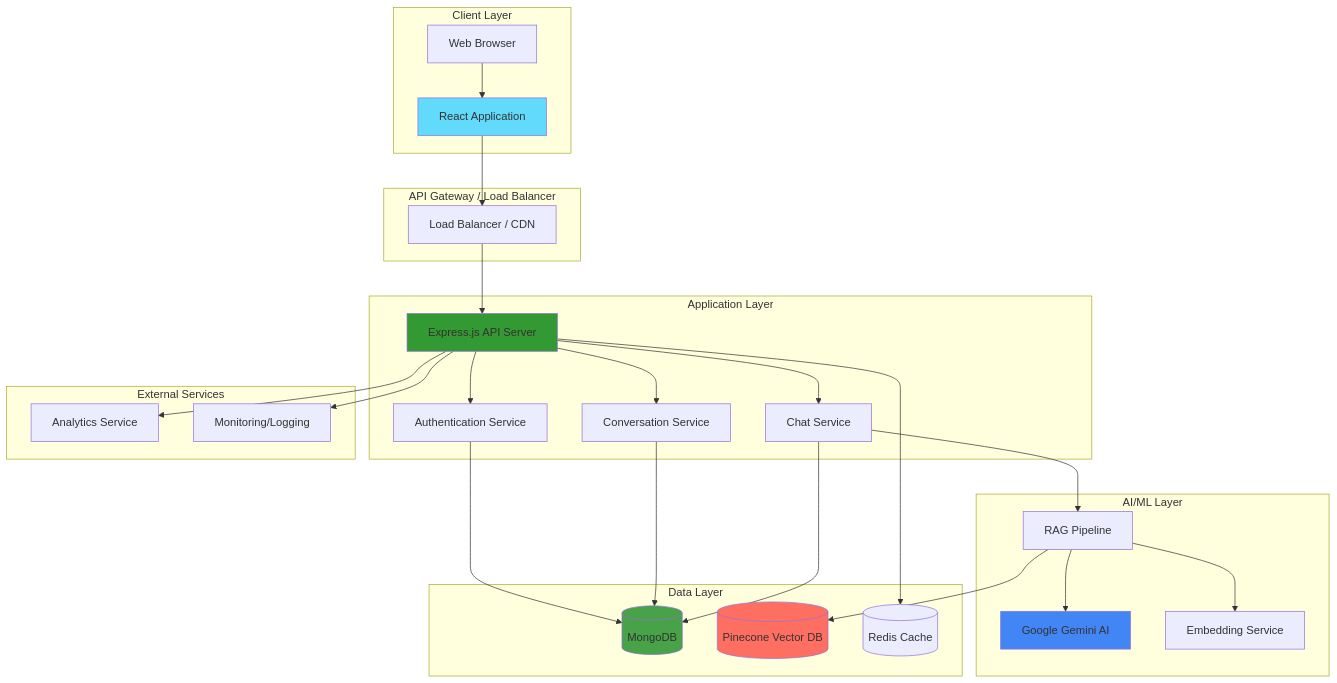
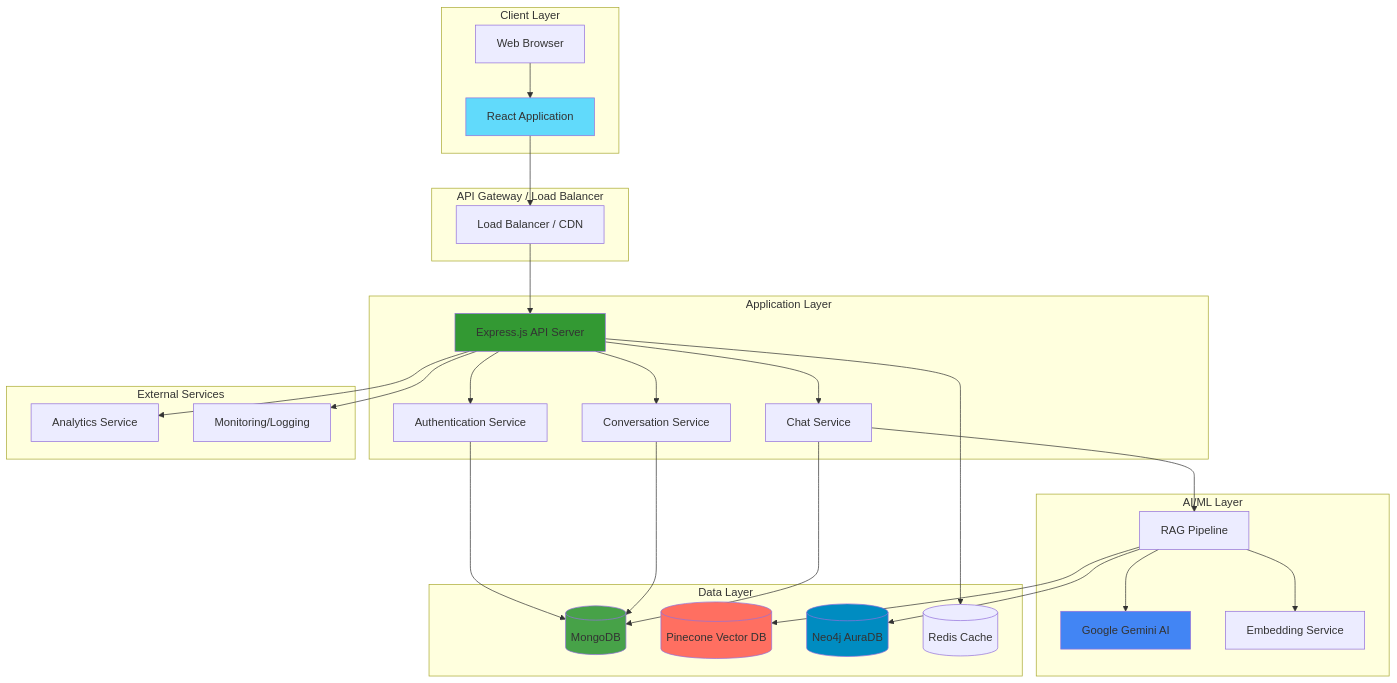
The first of 43 diagrams in ARCHITECTURE.md (hoangsonww/AI-RAG-Assistant-Chatbot), drawn with Mermaid before and after one commit. The commit also changed other lines of this file and 32 other files, not shown here.

First line of the commit message:
feat(rag): add hybrid Pinecone+Neo4j retrieval, graph ingestion, and CLI graph management

````diff
--- a/ARCHITECTURE.md
+++ b/ARCHITECTURE.md
@@ -63,63 +74,66 @@
 ```mermaid
 graph TB
     subgraph "Client Layer"
         Browser[Web Browser]
         React[React Application]
     end
 
     subgraph "API Gateway / Load Balancer"
         LB[Load Balancer / CDN]
     end
 
     subgraph "Application Layer"
         API[Express.js API Server]
         Auth[Authentication Service]
         Chat[Chat Service]
         Conv[Conversation Service]
     end
 
     subgraph "AI/ML Layer"
         RAG[RAG Pipeline]
         Gemini[Google Gemini AI]
         Embed[Embedding Service]
     end
 
     subgraph "Data Layer"
         MongoDB[(MongoDB)]
         Pinecone[(Pinecone Vector DB)]
+        Neo4j[(Neo4j AuraDB)]
         Cache[(Redis Cache)]
     end
 
     subgraph "External Services"
         Analytics[Analytics Service]
         Monitoring[Monitoring/Logging]
     end
 
     Browser --> React
     React --> LB
     LB --> API
 
     API --> Auth
     API --> Chat
     API --> Conv
 
     Chat --> RAG
     RAG --> Embed
     RAG --> Gemini
     RAG --> Pinecone
+    RAG --> Neo4j
 
     Auth --> MongoDB
     Conv --> MongoDB
     Chat --> MongoDB
 
     API --> Cache
 
     API --> Analytics
     API --> Monitoring
 
     style React fill:#61DAFB
     style API fill:#339933
     style MongoDB fill:#47A248
     style Pinecone fill:#FF6F61
+    style Neo4j fill:#008CC1
     style Gemini fill:#4285F4
 ```
````
